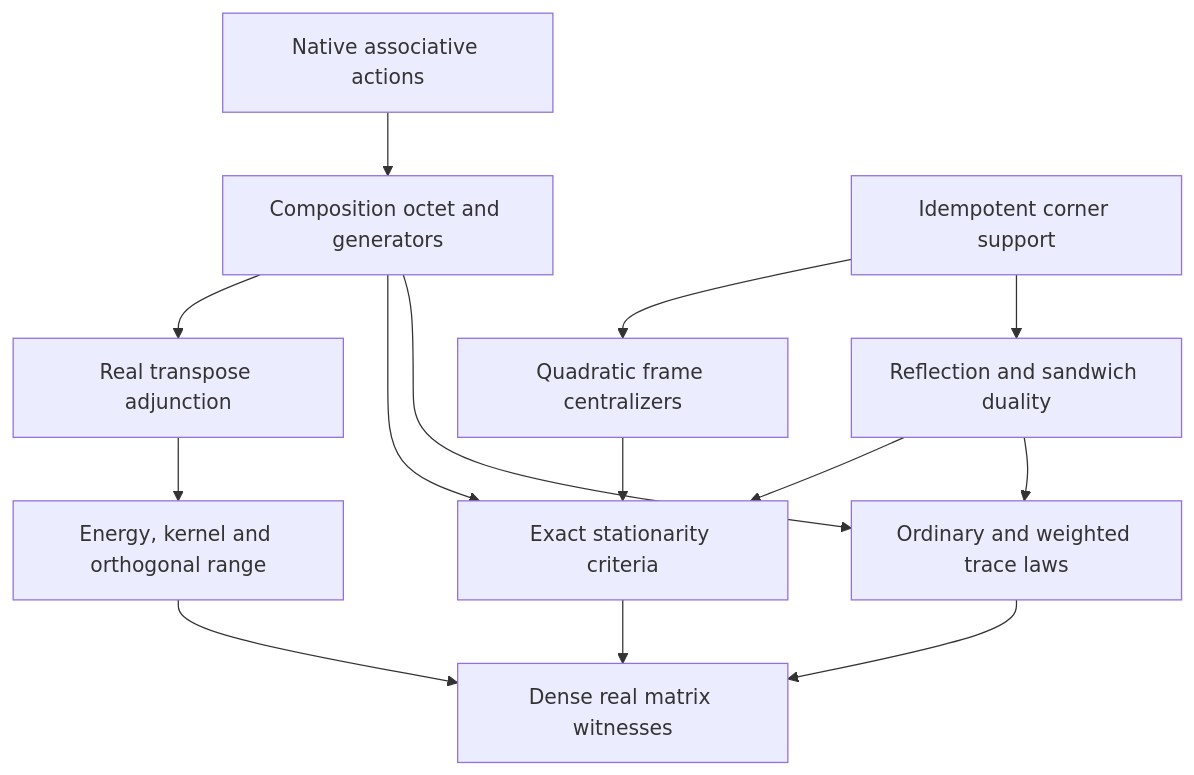
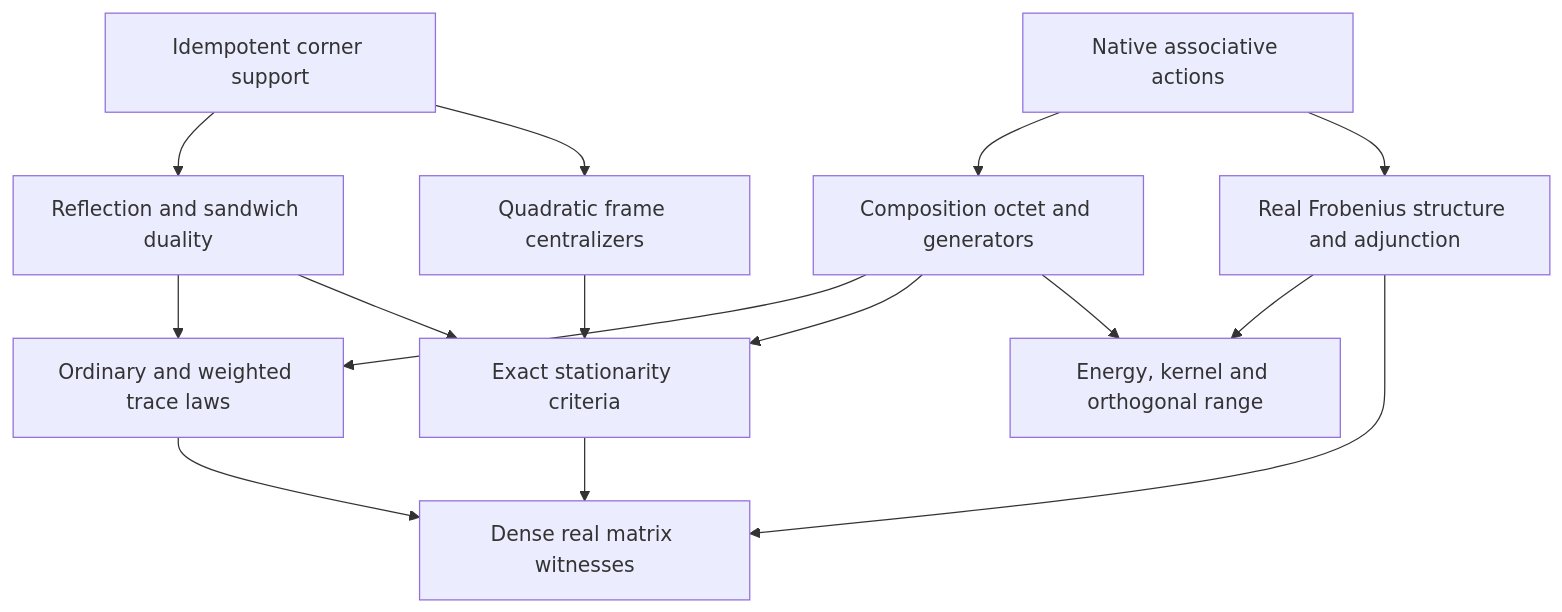
Before and after one commit to nickgou-nuke/info-geometry-lean: the diagram in docs/intake/2026-10-28-lie-jordan-generators/mathematical-map.md, drawn with Mermaid. The commit also changed 1 other file, not shown here.

Commit message:
Preserve native matrix products and apply the affine derivative equivalence explicitly

````diff
--- a/docs/intake/2026-10-28-lie-jordan-generators/mathematical-map.md
+++ b/docs/intake/2026-10-28-lie-jordan-generators/mathematical-map.md
@@ -43,16 +43,17 @@
 ```mermaid
 flowchart TD
   A["Native associative actions"] --> B["Composition octet and generators"]
   P["Idempotent corner support"] --> D["Reflection and sandwich duality"]
   P --> K["Quadratic frame centralizers"]
   D --> T["Ordinary and weighted trace laws"]
   B --> T
   B --> S["Exact stationarity criteria"]
   K --> S
   D --> S
-  B --> F["Real transpose adjunction"]
+  A --> F["Real Frobenius structure and adjunction"]
   F --> H["Energy, kernel and orthogonal range"]
+  B --> H
   T --> E["Dense real matrix witnesses"]
   S --> E
-  H --> E
+  F --> E
 ```
````
